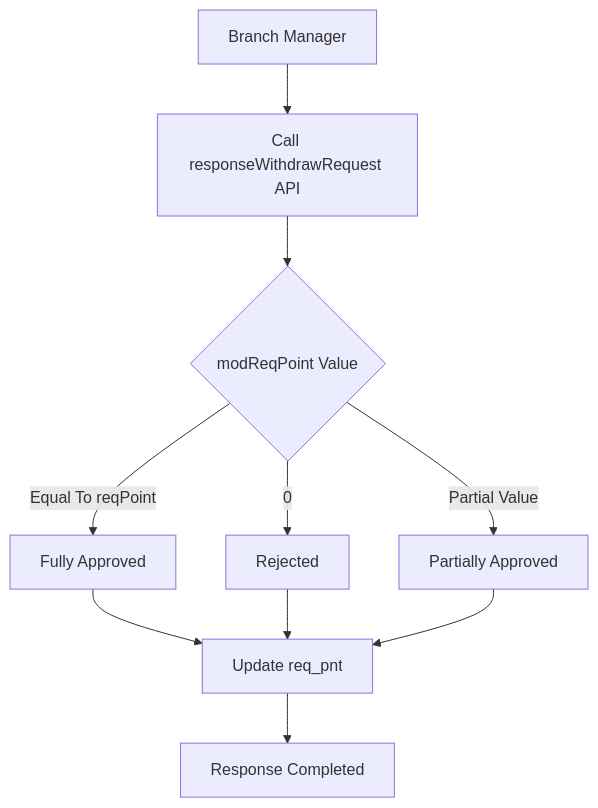
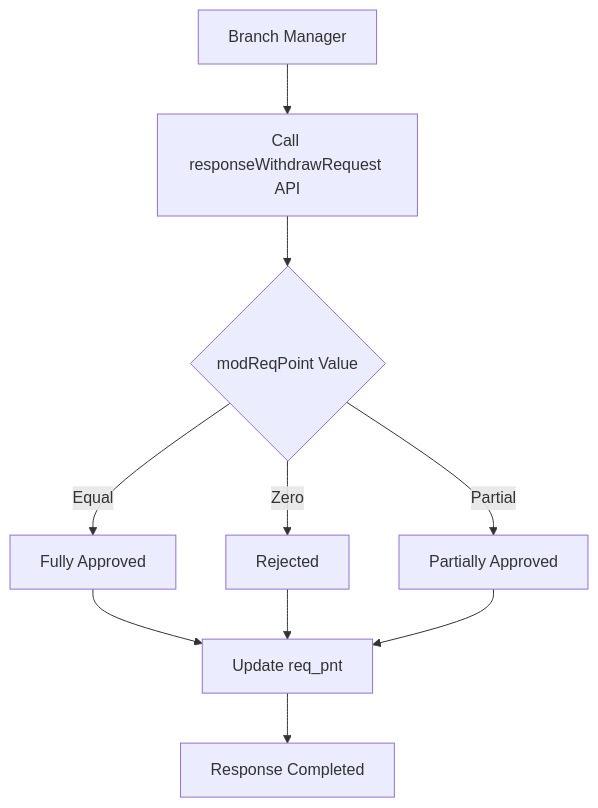
Before and after one commit to KSW-IT/point-flow-documentation: the fifth of 6 diagrams in index.md, drawn with Mermaid. The commit also changed other lines of this file, not shown here.

````diff
--- a/index.md
+++ b/index.md
@@ -303,22 +157,22 @@
-```mermaid
-flowchart TD
+    <div class="mermaid">
+        flowchart TD
 
-    A[Branch Manager]
-    --> B[Call responseWithdrawRequest API]
+        A[Branch Manager]
+        --> B[Call responseWithdrawRequest API]
 
-    B --> C{modReqPoint Value}
+        B --> C{modReqPoint Value}
 
-    C -->|Equal To reqPoint| D[Fully Approved]
+        C -->|Equal| D[Fully Approved]
 
-    C -->|0| E[Rejected]
+        C -->|Zero| E[Rejected]
 
-    C -->|Partial Value| F[Partially Approved]
+        C -->|Partial| F[Partially Approved]
 
-    D --> G[Update req_pnt]
+        D --> G[Update req_pnt]
 
-    E --> G
+        E --> G
 
-    F --> G
+        F --> G
 
-    G --> H[Response Completed]
-```
+        G --> H[Response Completed]
+    </div>
````
